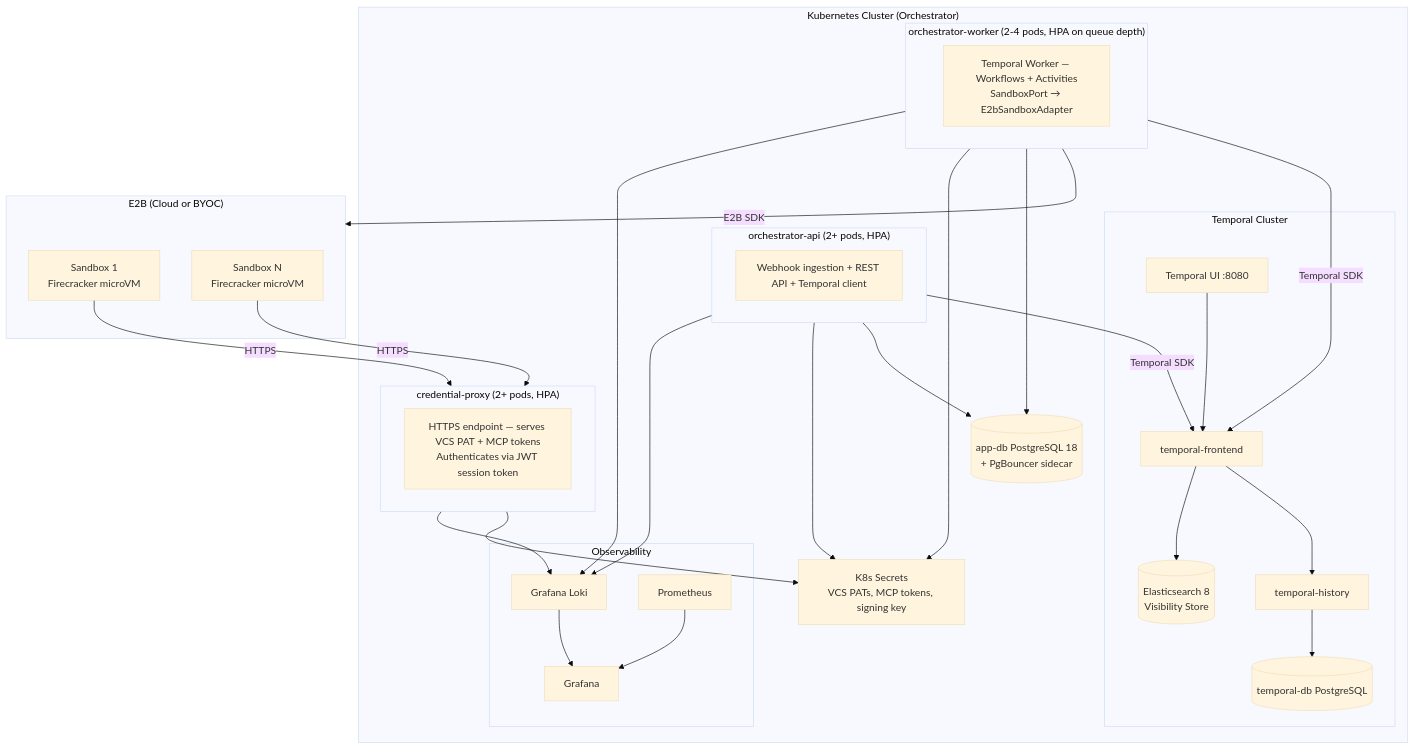
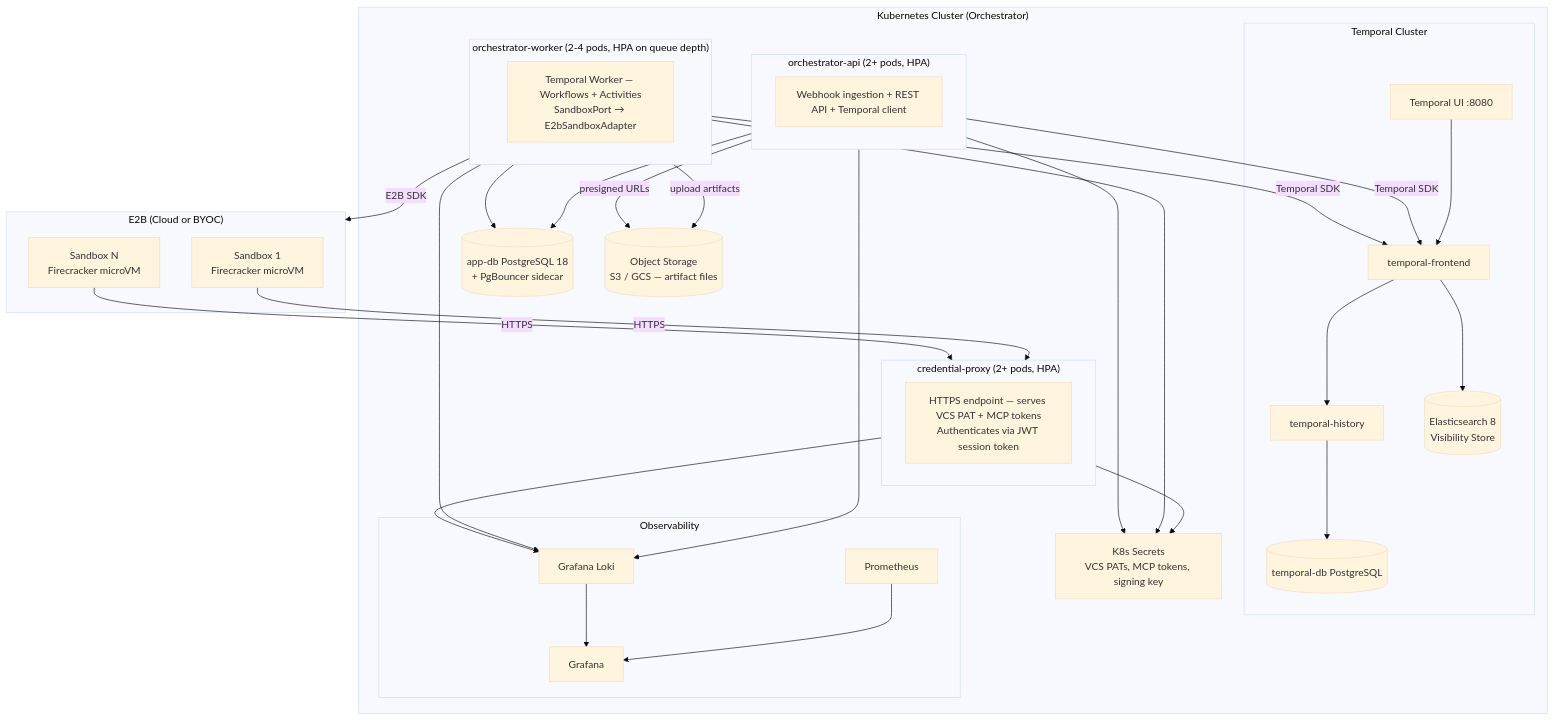
Before and after one commit to nmime/ai-sdlc-orchestrator: the first of 2 diagrams in docs/specs/deployment.md, drawn with Mermaid (base theme). The commit also changed other lines of this file and 9 other files, not shown here.

````diff
--- a/docs/specs/deployment.md
+++ b/docs/specs/deployment.md
@@ -114,57 +191,60 @@
 ```mermaid
 graph TB
     subgraph K8s["Kubernetes Cluster (Orchestrator)"]
         subgraph API["orchestrator-api (2+ pods, HPA)"]
             A1[Webhook ingestion + REST API + Temporal client]
         end
 
         subgraph Worker["orchestrator-worker (2-4 pods, HPA on queue depth)"]
             W1[Temporal Worker — Workflows + Activities<br>SandboxPort → E2bSandboxAdapter]
         end
 
         subgraph CredProxy["credential-proxy (2+ pods, HPA)"]
             CP1[HTTPS endpoint — serves VCS PAT + MCP tokens<br>Authenticates via JWT session token]
         end
 
         subgraph TemporalCluster["Temporal Cluster"]
             TFE[temporal-frontend]
             THI[temporal-history]
             TDB[(temporal-db PostgreSQL)]
             TUI[Temporal UI :8080]
             ES[(Elasticsearch 8<br>Visibility Store)]
         end
 
         subgraph Observability["Observability"]
             LOKI[Grafana Loki]
             PROM[Prometheus]
             GRAF[Grafana]
         end
 
         PG[(app-db PostgreSQL 18<br>+ PgBouncer sidecar)]
         SEC[K8s Secrets<br>VCS PATs, MCP tokens, signing key]
+        S3[(Object Storage<br>S3 / GCS — artifact files)]
     end
 
     subgraph E2B["E2B (Cloud or BYOC)"]
         SB1[Sandbox 1<br>Firecracker microVM]
         SB2[Sandbox N<br>Firecracker microVM]
     end
 
     API -->|Temporal SDK| TFE
     Worker -->|Temporal SDK| TFE
     Worker -->|E2B SDK| E2B
+    Worker -->|upload artifacts| S3
     SB1 -->|HTTPS| CredProxy
     SB2 -->|HTTPS| CredProxy
     CredProxy --> SEC
     TFE --> THI --> TDB
     TFE --> ES
     TUI --> TFE
     API --> PG
+    API -->|presigned URLs| S3
     Worker --> PG
     Worker --> SEC
     API --> SEC
     API --> LOKI
     Worker --> LOKI
     CredProxy --> LOKI
     PROM --> GRAF
     LOKI --> GRAF
 ```
````
